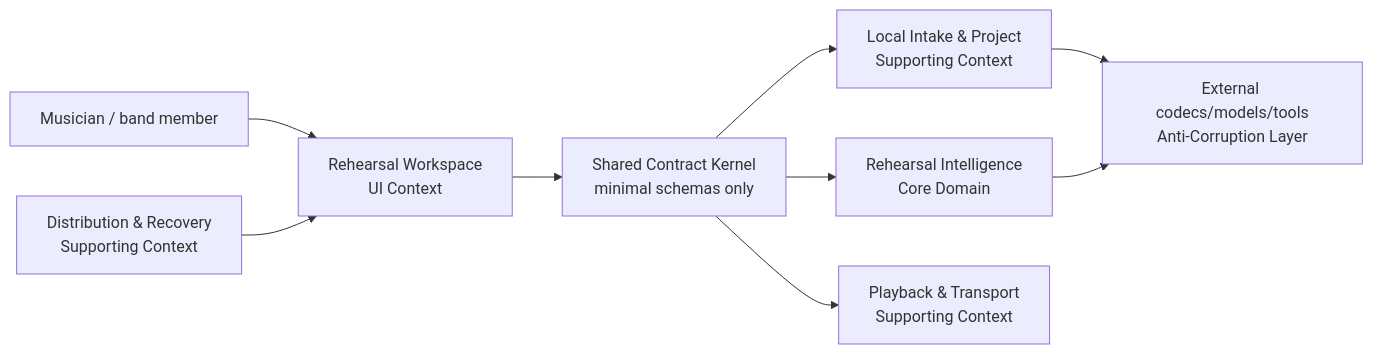
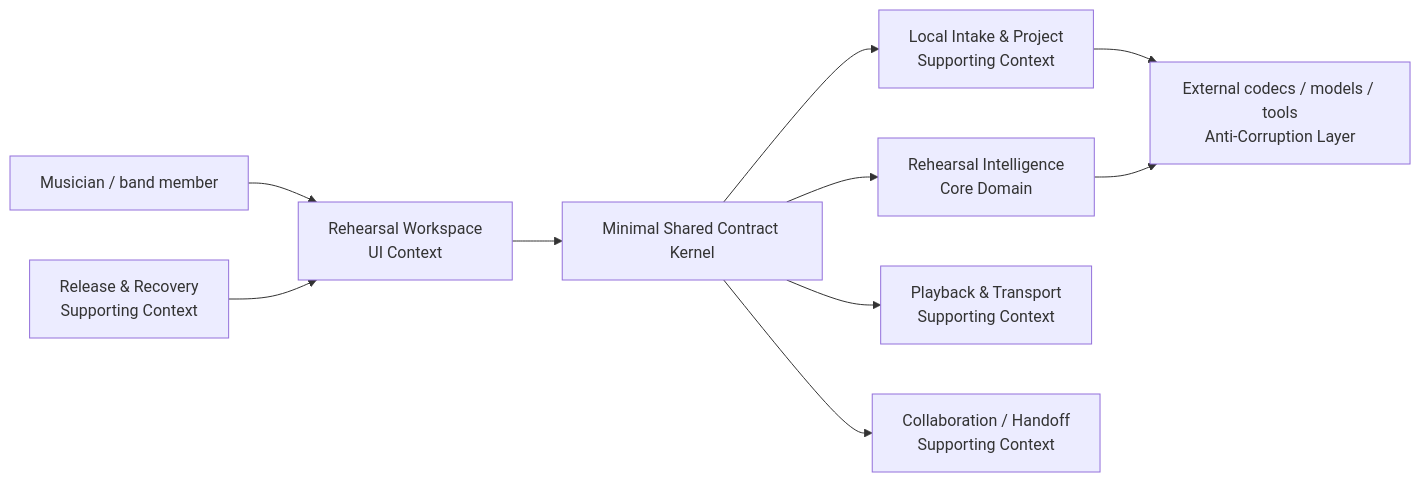
Before and after one commit to ContextualWisdomLab/bandscope: the first of 3 diagrams in docs/product-technical-gap-baseline.md, drawn with Mermaid. The commit also changed other lines of this file, not shown here.

````diff
--- a/docs/product-technical-gap-baseline.md
+++ b/docs/product-technical-gap-baseline.md
@@ -60,20 +60,22 @@
 ```mermaid
 flowchart LR
-    User[Musician / band member]
+    U[Musician / band member]
     UI[Rehearsal Workspace\nUI Context]
     RI[Rehearsal Intelligence\nCore Domain]
-    Intake[Local Intake & Project\nSupporting Context]
-    Player[Playback & Transport\nSupporting Context]
-    Release[Distribution & Recovery\nSupporting Context]
-    Shared[Shared Contract Kernel\nminimal schemas only]
-    Ext[External codecs/models/tools\nAnti-Corruption Layer]
+    IN[Local Intake & Project\nSupporting Context]
+    PT[Playback & Transport\nSupporting Context]
+    RH[Release & Recovery\nSupporting Context]
+    CO[Collaboration / Handoff\nSupporting Context]
+    SK[Minimal Shared Contract Kernel]
+    ACL[External codecs / models / tools\nAnti-Corruption Layer]
 
-    User --> UI
-    UI --> Shared
-    Shared --> RI
-    Shared --> Intake
-    Shared --> Player
-    Intake --> Ext
-    RI --> Ext
-    Release --> UI
+    U --> UI
+    UI --> SK
+    SK --> RI
+    SK --> IN
+    SK --> PT
+    SK --> CO
+    IN --> ACL
+    RI --> ACL
+    RH --> UI
 ```
````
